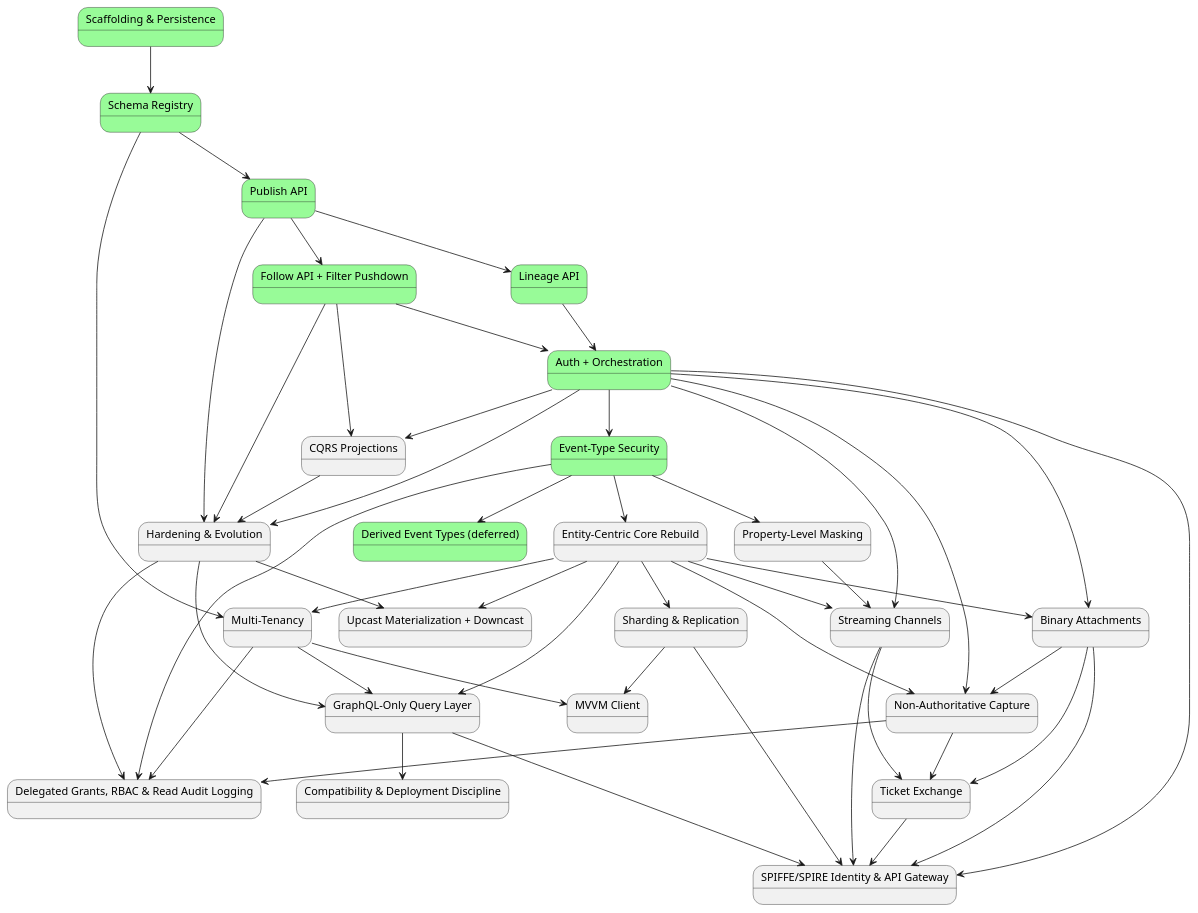
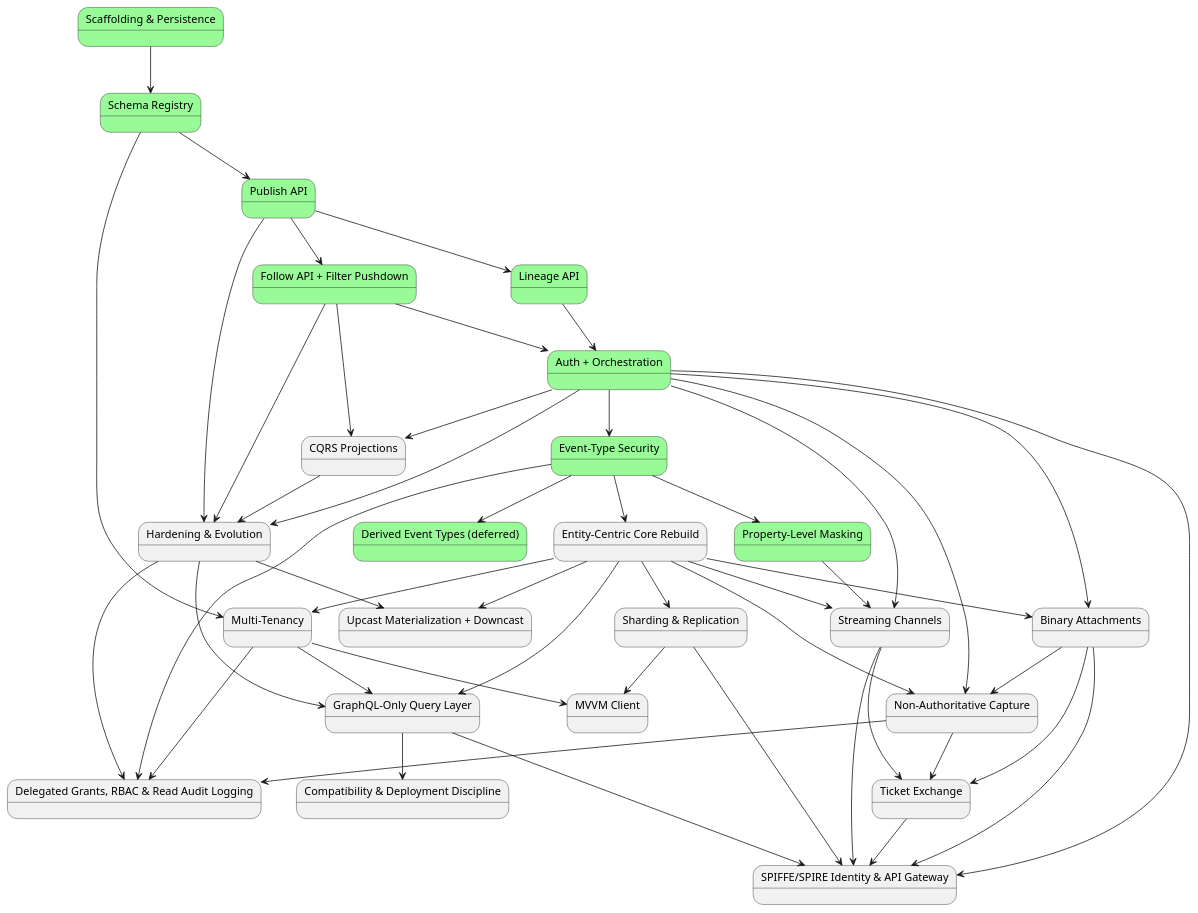
One commit to Mwwhited-BookLearning/EventSourcing changed the first of 2 diagrams in docs/08-build-plan.md. Above: the diagram before and after it, drawn with PlantUML. The commit also changed other lines of this file and 31 other files, not shown here.

First line of the commit message:
Build Property-Level Masking (build-plan item 9)

````diff
--- a/docs/08-build-plan.md
+++ b/docs/08-build-plan.md
@@ -156,77 +156,77 @@
 ```plantuml
 @startuml BuildPlan_CorePhases
 state "Scaffolding & Persistence" as p0 #palegreen
 state "Schema Registry" as p1 #palegreen
 state "Publish API" as p2 #palegreen
 state "Lineage API" as p3 #palegreen
 state "Follow API + Filter Pushdown" as p4 #palegreen
 state "Auth + Orchestration" as p5 #palegreen
 state "Event-Type Security" as p6 #palegreen
 state "Derived Event Types (deferred)" as p7 #palegreen
-state "Property-Level Masking" as p8
+state "Property-Level Masking" as p8 #palegreen
 state "CQRS Projections" as p9
 state "Hardening & Evolution" as p10
 state "Entity-Centric Core Rebuild" as p11
 state "Multi-Tenancy" as p12
 state "Upcast Materialization + Downcast" as p13
 state "Streaming Channels" as p14
 state "Binary Attachments" as p15
 state "Sharding & Replication" as p16
 state "Non-Authoritative Capture" as p17
 state "GraphQL-Only Query Layer" as p18
 state "Compatibility & Deployment Discipline" as p19
 state "MVVM Client" as p20
 state "Ticket Exchange" as p21
 state "Delegated Grants, RBAC & Read Audit Logging" as p22
 state "SPIFFE/SPIRE Identity & API Gateway" as p23
 
 p0 --> p1
 p1 --> p2
 p2 --> p3
 p2 --> p4
 p3 --> p5
 p4 --> p5
 p5 --> p6
 p6 --> p7
 p6 --> p8
 p4 --> p9
 p5 --> p9
 p5 --> p10
 p2 --> p10
 p4 --> p10
 p9 --> p10
 p6 --> p11
 p1 --> p12
 p11 --> p12
 p10 --> p13
 p11 --> p13
 p5 --> p14
 p11 --> p14
 p8 --> p14
 p5 --> p15
 p11 --> p15
 p11 --> p16
 p11 --> p17
 p5 --> p17
 p15 --> p17
 p11 --> p18
 p12 --> p18
 p10 --> p18
 p18 --> p19
 p12 --> p20
 p16 --> p20
 p14 --> p21
 p15 --> p21
 p17 --> p21
 p17 --> p22
 p6 --> p22
 p12 --> p22
 p10 --> p22
 p5 --> p23
 p16 --> p23
 p14 --> p23
 p15 --> p23
 p18 --> p23
 p21 --> p23
 @enduml
 ```
````
